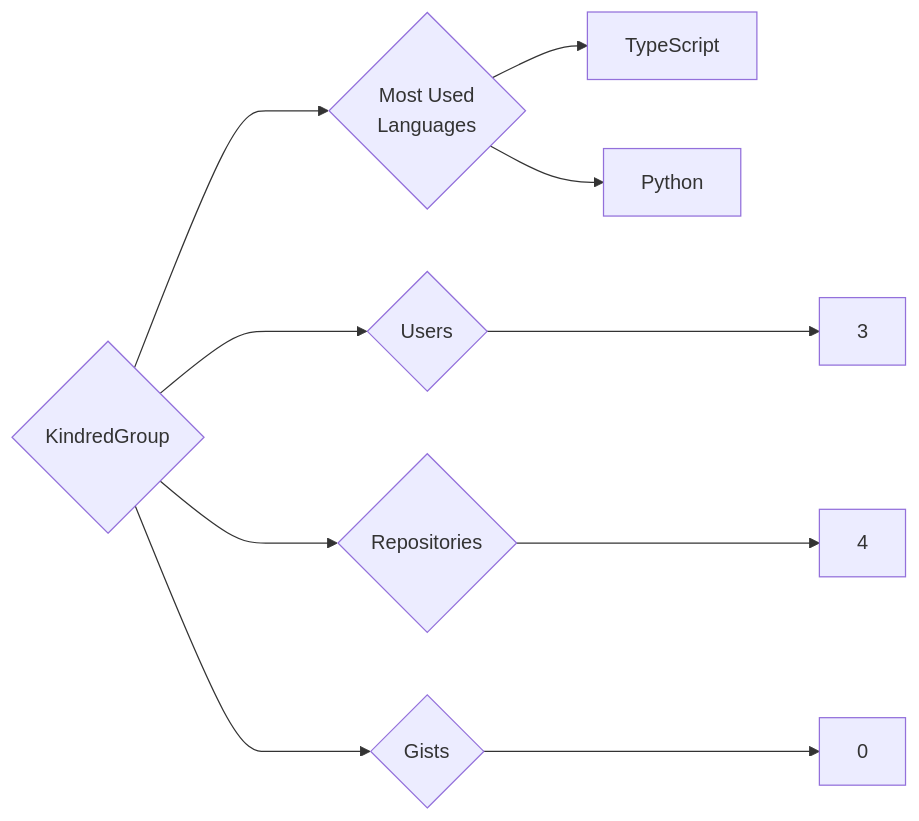
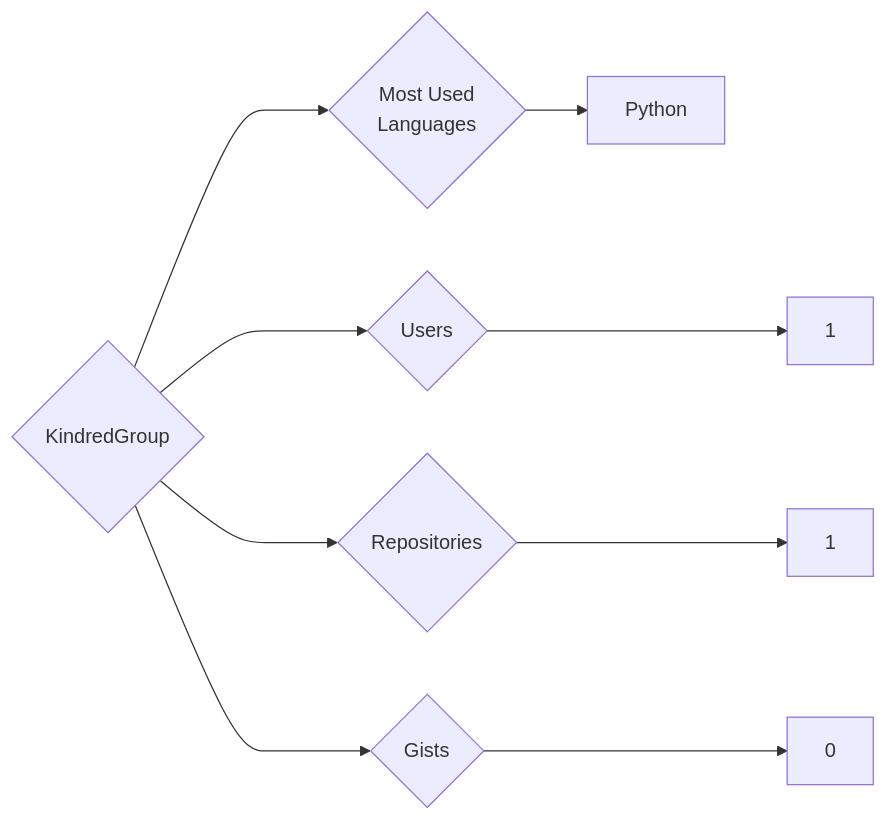
Before and after one commit to trickest/insiders: the diagram in targets/KindredGroup/README.md, drawn with Mermaid. The commit also changed 1496 other files, not shown here.

````diff
--- a/targets/KindredGroup/README.md
+++ b/targets/KindredGroup/README.md
@@ -3,10 +3,9 @@
 ```mermaid
 graph LR
 COMPANY_NAME{KindredGroup}
-COMPANY_NAME ---> U{Users} ---> UN[3]
-COMPANY_NAME ---> R{Repositories} ---> RN[4]
+COMPANY_NAME ---> U{Users} ---> UN[1]
+COMPANY_NAME ---> R{Repositories} ---> RN[1]
 COMPANY_NAME ---> G{Gists} ---> GN[0]
 COMPANY_NAME ---> ML{Most Used<br>Languages}
-ML --> TypeScript[TypeScript]
 ML --> Python[Python]
 ```
````
